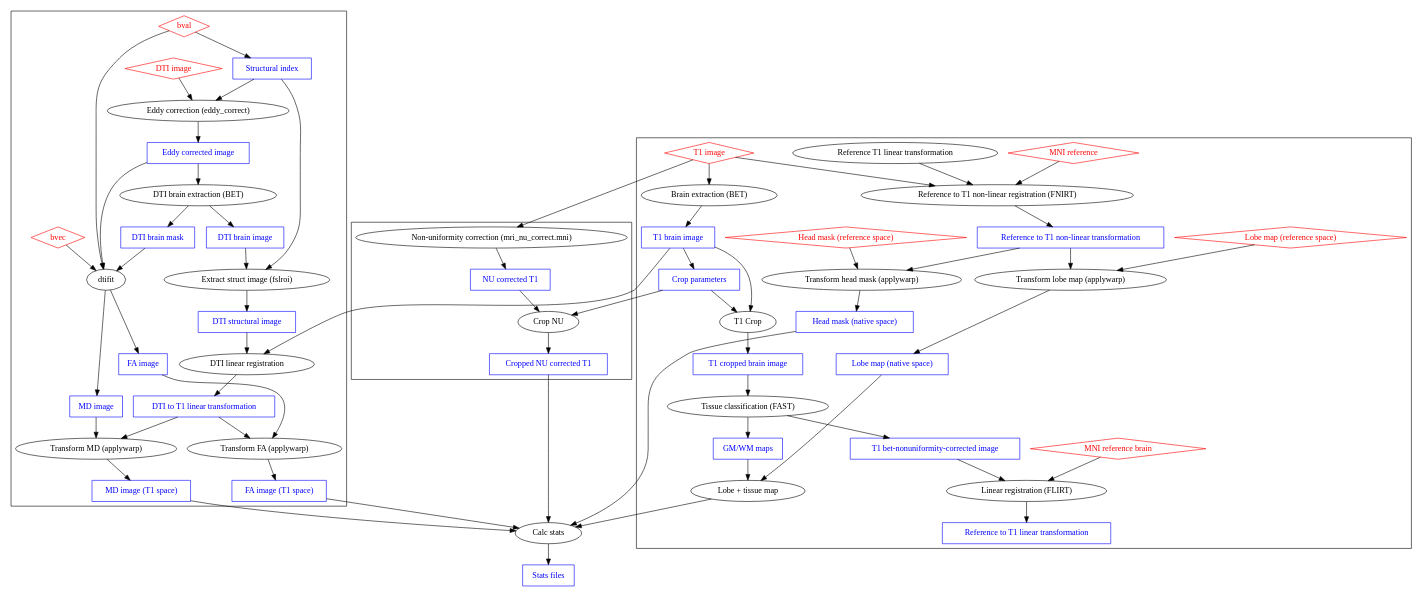
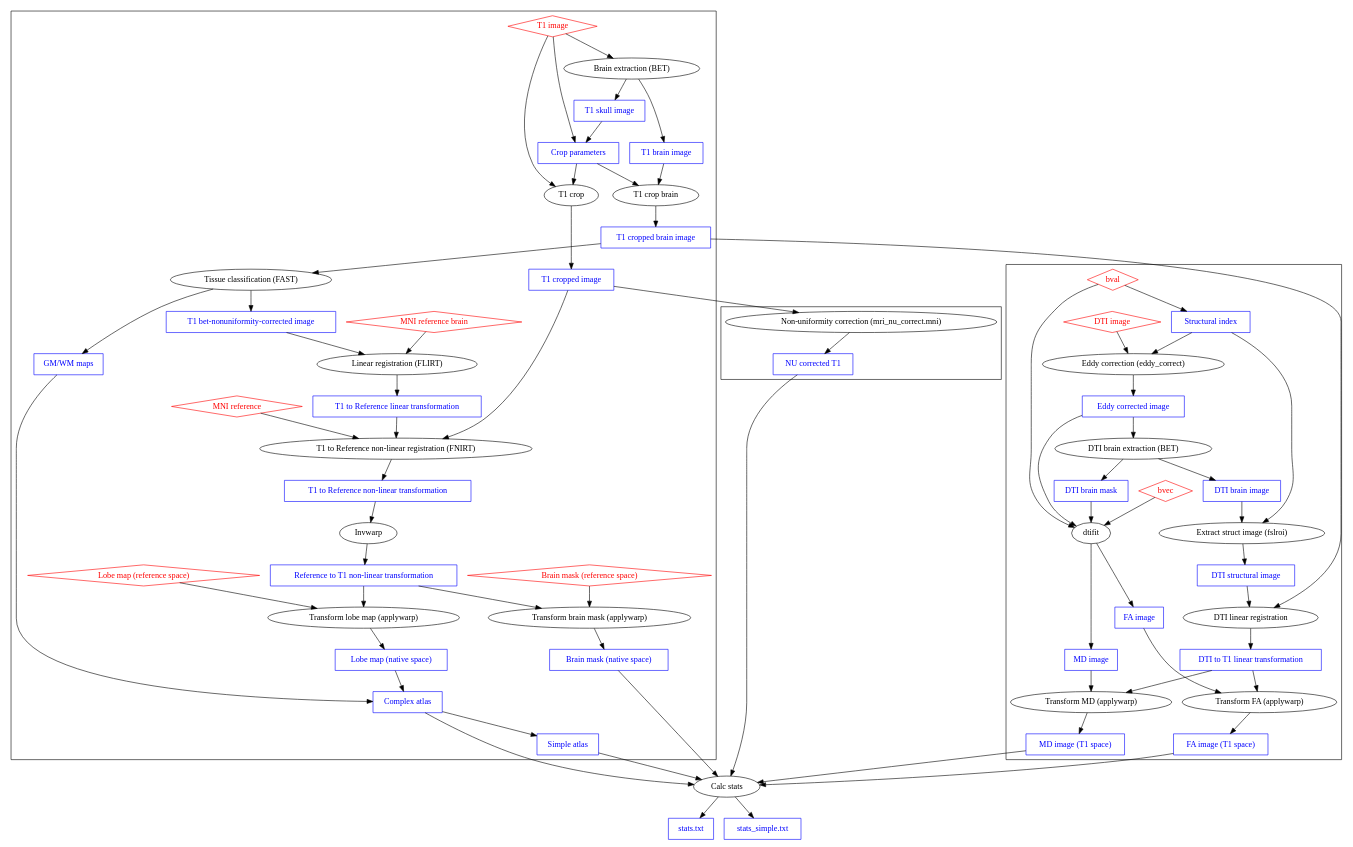
Before and after one commit to pndni/Charge_GM_WM_Properties_Pipeline: the diagram in doc/pipeline.dot, drawn with Graphviz. The commit also changed 1 other file, not shown here.

Commit message:
update flowchart

```diff
--- a/doc/pipeline.dot
+++ b/doc/pipeline.dot
@@ -1,67 +1,79 @@
 strict digraph Pipeline {
 subgraph Inputs {
 node [shape=diamond, color=red, fontcolor=red]
 "T1 image"
 "MNI reference"
 "MNI reference brain"
 "Lobe map (reference space)"
-"Head mask (reference space)"
+"Brain mask (reference space)"
 "DTI image"
 "bvec"
 "bval"
 }
 subgraph Outputs {
 node[shape=rect, color=blue, fontcolor=blue];
 "T1 brain image" 
 "T1 cropped brain image" 
+"T1 cropped image"
+"T1 skull image"
 "GM/WM maps"
 "T1 bet-nonuniformity-corrected image"
 "Crop parameters"
-"Reference to T1 linear transformation"
+"T1 to Reference linear transformation"
+"T1 to Reference non-linear transformation"
 "Reference to T1 non-linear transformation"
 "Lobe map (native space)"
-"Head mask (native space)"
+"Brain mask (native space)"
 "NU corrected T1"
-"Cropped NU corrected T1"
 "Eddy corrected image"
 "DTI brain mask"
 "FA image"
 "MD image"
 "FA image (T1 space)"
 "MD image (T1 space)"
 "DTI to T1 linear transformation"
-"Stats files"
+"stats.txt"
+"stats_simple.txt"
+"Complex atlas"
+"Simple atlas"
 "Structural index"
 "DTI brain image"
 "DTI structural image"
 }
 subgraph clustermaps{
-"T1 image" -> "Brain extraction (BET)" -> "T1 brain image" -> "T1 Crop" -> "T1 cropped brain image" -> "Tissue classification (FAST)"
-"T1 brain image" -> "Crop parameters" -> "T1 Crop"
+"T1 image" -> "Brain extraction (BET)" -> "T1 brain image"
+"Brain extraction (BET)" -> "T1 skull image"
+"T1 skull image" -> "Crop parameters"
+"T1 image" -> "Crop parameters"
+{"T1 image", "Crop parameters"} -> "T1 crop" -> "T1 cropped image"
+{"T1 brain image", "Crop parameters"} -> "T1 crop brain" -> "T1 cropped brain image"
+"T1 cropped brain image" -> "Tissue classification (FAST)"
 "Tissue classification (FAST)" -> {"GM/WM maps", "T1 bet-nonuniformity-corrected image"}
-{"T1 bet-nonuniformity-corrected image", "MNI reference brain"} -> "Linear registration (FLIRT)" -> "Reference to T1 linear transformation"
-{"Reference T1 linear transformation", "T1 image", "MNI reference"} -> "Reference to T1 non-linear registration (FNIRT)" -> "Reference to T1 non-linear transformation"
+{"T1 bet-nonuniformity-corrected image", "MNI reference brain"} -> "Linear registration (FLIRT)" -> "T1 to Reference linear transformation"
+{"T1 to Reference linear transformation", "T1 cropped image", "MNI reference"} -> "T1 to Reference non-linear registration (FNIRT)" -> "T1 to Reference non-linear transformation"
+{"T1 to Reference non-linear transformation" -> Invwarp -> "Reference to T1 non-linear transformation"}
 {"Lobe map (reference space)", "Reference to T1 non-linear transformation"} -> "Transform lobe map (applywarp)" -> "Lobe map (native space)"
-{"Head mask (reference space)", "Reference to T1 non-linear transformation"} -> "Transform head mask (applywarp)" -> "Head mask (native space)"
-{"Lobe map (native space)", "GM/WM maps"} -> "Lobe + tissue map"
+{"Brain mask (reference space)", "Reference to T1 non-linear transformation"} -> "Transform brain mask (applywarp)" -> "Brain mask (native space)"
+{"Lobe map (native space)", "GM/WM maps"} -> "Complex atlas"
+"Complex atlas" -> "Simple atlas"
 }
 
 subgraph "clusterT1 data" {
-"T1 image" -> "Non-uniformity correction (mri_nu_correct.mni)" -> "NU corrected T1"
-{"NU corrected T1", "Crop parameters"} -> "Crop NU" -> "Cropped NU corrected T1"
+"T1 cropped image" -> "Non-uniformity correction (mri_nu_correct.mni)" -> "NU corrected T1"
 }
 
 subgraph "clusterDTI" {
 bval -> "Structural index"
 {"DTI image", "Structural index"} -> "Eddy correction (eddy_correct)" -> "Eddy corrected image"
 "Eddy corrected image" -> "DTI brain extraction (BET)" -> {"DTI brain mask", "DTI brain image"}
 {"Eddy corrected image", "bvec", "bval", "DTI brain mask"} -> dtifit -> {"FA image", "MD image"}
 {"DTI brain image", "Structural index"} -> "Extract struct image (fslroi)" -> "DTI structural image"
-{"DTI structural image", "T1 brain image"} -> "DTI linear registration" -> "DTI to T1 linear transformation"
+{"DTI structural image", "T1 cropped brain image"} -> "DTI linear registration" -> "DTI to T1 linear transformation"
 {"DTI to T1 linear transformation", "FA image"} -> "Transform FA (applywarp)" -> "FA image (T1 space)"
 {"DTI to T1 linear transformation", "MD image"} -> "Transform MD (applywarp)" -> "MD image (T1 space)"
 }
 
-{"Cropped NU corrected T1", "Lobe + tissue map", "Head mask (native space)", "FA image (T1 space)", "MD image (T1 space)"} -> "Calc stats" -> "Stats files"
+{"NU corrected T1", "Complex atlas", "Brain mask (native space)", "FA image (T1 space)", "MD image (T1 space)"} -> "Calc stats" -> "stats.txt"
+{"NU corrected T1", "Simple atlas", "Brain mask (native space)", "FA image (T1 space)", "MD image (T1 space)"} -> "Calc stats" -> "stats_simple.txt"
 
 }
```
